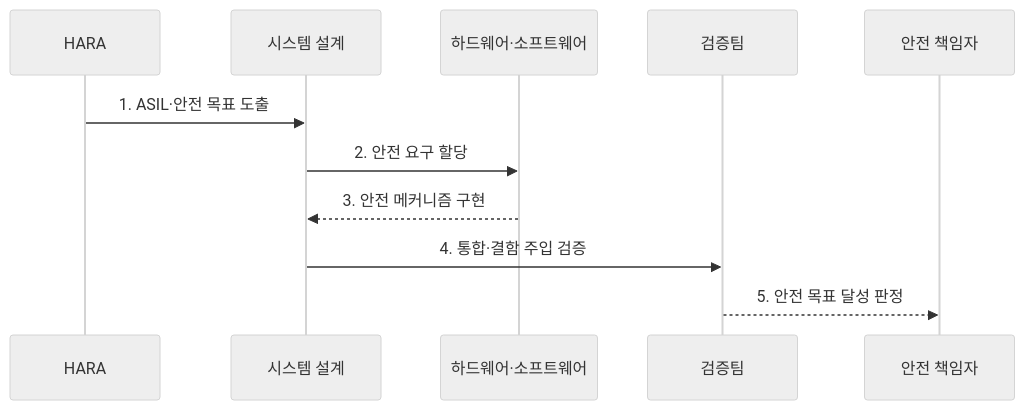
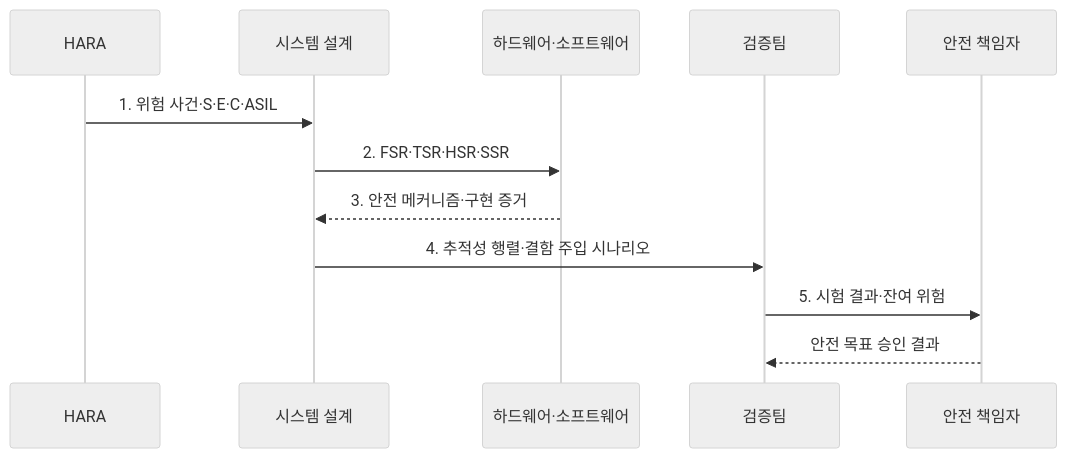
The second of 2 diagrams in src/content/docs/notes/03-software/078_functional_safety_iso_26262_asil.md (agnusdei1207/knowledge-base), drawn with Mermaid (neutral theme) before and after one commit. The commit also changed other lines of this file and 20 other files, not shown here.

````diff
--- a/src/content/docs/notes/03-software/078_functional_safety_iso_26262_asil.md
+++ b/src/content/docs/notes/03-software/078_functional_safety_iso_26262_asil.md
@@ -87,13 +92,14 @@
 ```mermaid
 sequenceDiagram
     participant H as HARA
     participant A as 시스템 설계
     participant W as 하드웨어·소프트웨어
     participant V as 검증팀
     participant S as 안전 책임자
-    H->>A: 1. ASIL·안전 목표 도출
-    A->>W: 2. 안전 요구 할당
-    W-->>A: 3. 안전 메커니즘 구현
-    A->>V: 4. 통합·결함 주입 검증
-    V-->>S: 5. 안전 목표 달성 판정
+    H->>A: 1. 위험 사건·S·E·C·ASIL
+    A->>W: 2. FSR·TSR·HSR·SSR
+    W-->>A: 3. 안전 메커니즘·구현 증거
+    A->>V: 4. 추적성 행렬·결함 주입 시나리오
+    V->>S: 5. 시험 결과·잔여 위험
+    S-->>V: 안전 목표 승인 결과
 ```
````
